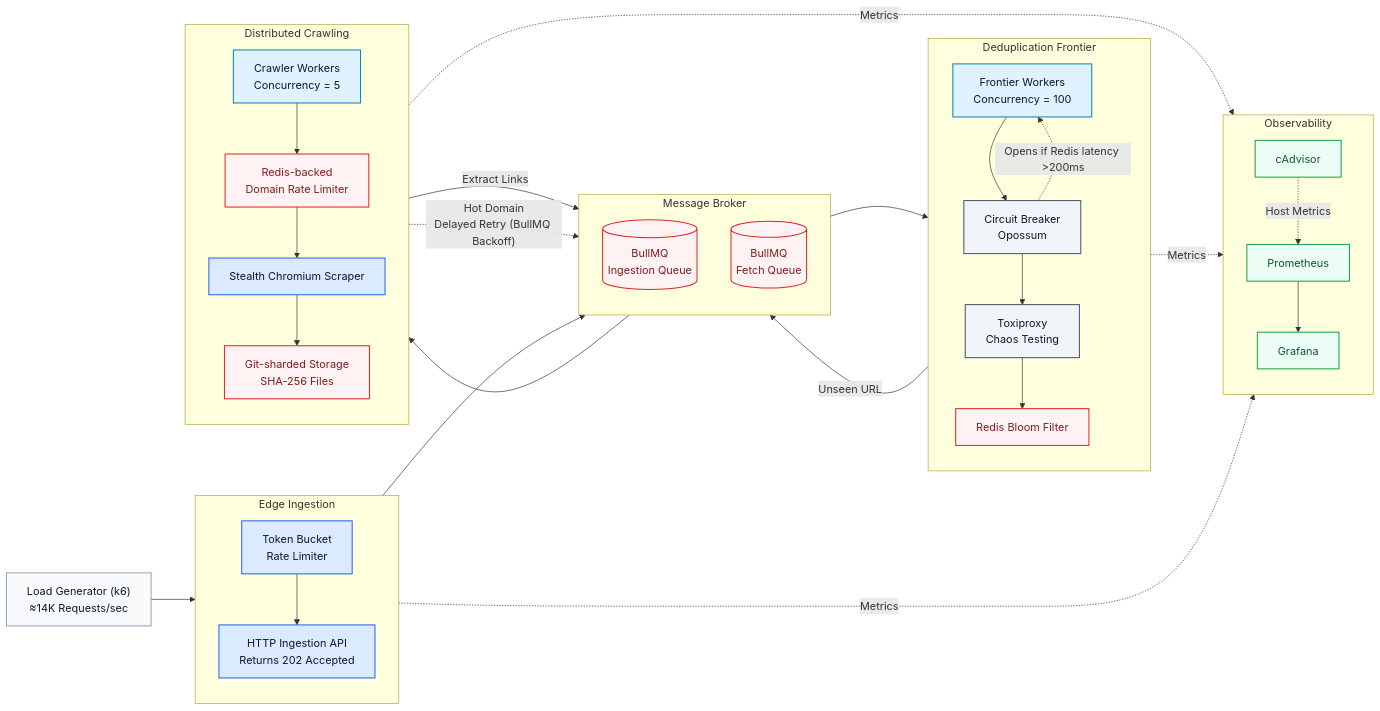
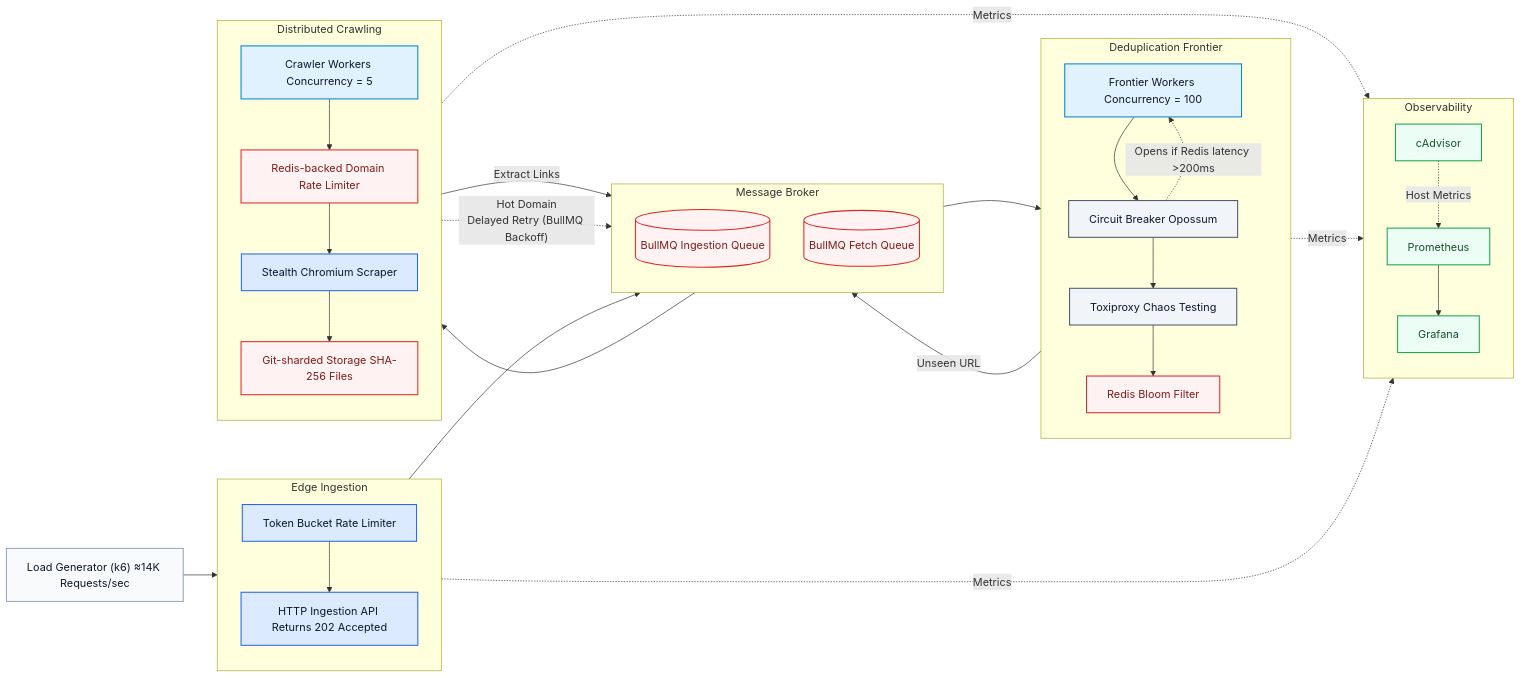
One commit to SaurabhKumar171/DevSearch-Distributed-Search-Engine changed the diagram in README.md. Above: the diagram before and after it, drawn with Mermaid.

Commit message:
Update README with Phase 2 architecture and engineering details

```diff
--- a/README.md
+++ b/README.md
@@ -46,7 +46,7 @@
 %% Client Layer
 %%==========================
 
-Client["Load Generator (k6)<br/>≈14K Requests/sec"]:::client
+Client["Load Generator (k6) ≈14K Requests/sec"]:::client
 
 %%==========================
 %% Edge Layer
@@ -55,9 +55,9 @@
 subgraph Edge["Edge Ingestion"]
 direction TB
 
-RateLimiter["Token Bucket<br/>Rate Limiter"]:::service
+RateLimiter["Token Bucket Rate Limiter"]:::service
 
-API["HTTP Ingestion API<br/>Returns 202 Accepted"]:::service
+API["HTTP Ingestion API Returns 202 Accepted"]:::service
 
 RateLimiter --> API
 
@@ -70,9 +70,9 @@
 subgraph Queue["Message Broker"]
 direction TB
 
-IngestQueue[("BullMQ<br/>Ingestion Queue")]:::storage
+IngestQueue[("BullMQ Ingestion Queue")]:::storage
 
-FetchQueue[("BullMQ<br/>Fetch Queue")]:::storage
+FetchQueue[("BullMQ Fetch Queue")]:::storage
 
 end
 
@@ -84,13 +84,13 @@
 
 direction TB
 
-FrontierWorker["Frontier Workers<br/>Concurrency = 100"]:::worker
+FrontierWorker["Frontier Workers Concurrency = 100"]:::worker
 
-Circuit["Circuit Breaker<br/>Opossum"]:::infra
+Circuit["Circuit Breaker Opossum"]:::infra
 
 Bloom["Redis Bloom Filter"]:::storage
 
-Toxi["Toxiproxy<br/>Chaos Testing"]:::infra
+Toxi["Toxiproxy Chaos Testing"]:::infra
 
 FrontierWorker --> Circuit
 Circuit --> Toxi
@@ -106,13 +106,13 @@
 
 direction TB
 
-Crawler["Crawler Workers<br/>Concurrency = 5"]:::worker
+Crawler["Crawler Workers Concurrency = 5"]:::worker
 
-Limiter["Redis-backed<br/>Domain Rate Limiter"]:::storage
+Limiter["Redis-backed Domain Rate Limiter"]:::storage
 
 Scraper["Stealth Chromium Scraper"]:::service
 
-Storage["Git-sharded Storage<br/>SHA-256 Files"]:::storage
+Storage["Git-sharded Storage SHA-256 Files"]:::storage
 
 Crawler --> Limiter
 Limiter --> Scraper
```
